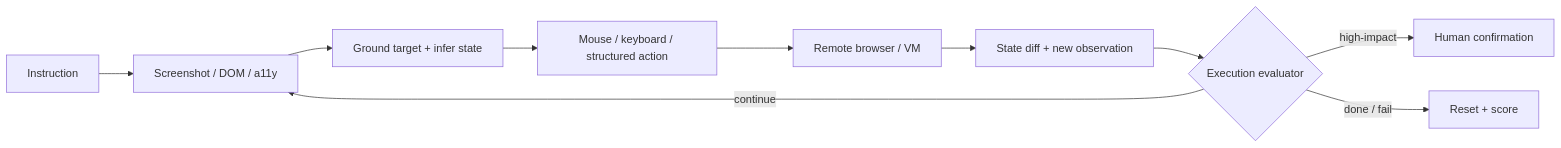
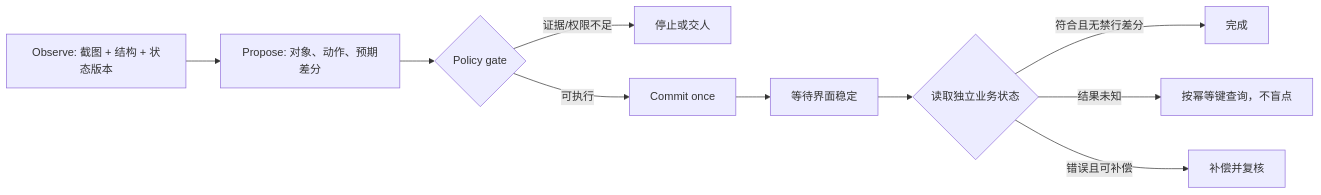
One commit to 007M7/learning007 changed the diagram in docs/frontier/agents/05-computer-use.md. Above: the diagram before and after it, drawn with Mermaid. The commit also changed other lines of this file and 90 other files, not shown here.

````diff
--- a/docs/frontier/agents/05-computer-use.md
+++ b/docs/frontier/agents/05-computer-use.md
@@ -19,12 +59,12 @@
 ```mermaid
 flowchart LR
-  I[Instruction] --> O[Screenshot / DOM / a11y]
-  O --> G[Ground target + infer state]
-  G --> A[Mouse / keyboard / structured action]
-  A --> X[Remote browser / VM]
-  X --> D[State diff + new observation]
-  D --> V{Execution evaluator}
-  V -->|continue| O
-  V -->|high-impact| H[Human confirmation]
-  V -->|done / fail| Z[Reset + score]
+  O[Observe: 截图 + 结构 + 状态版本] --> P[Propose: 对象、动作、预期差分]
+  P --> G{Policy gate}
+  G -->|证据/权限不足| H[停止或交人]
+  G -->|可执行| C[Commit once]
+  C --> W[等待界面稳定]
+  W --> V{读取独立业务状态}
+  V -->|符合且无禁行差分| D[完成]
+  V -->|结果未知| Q[按幂等键查询，不盲点]
+  V -->|错误且可补偿| R[补偿并复核]
 ```
````
